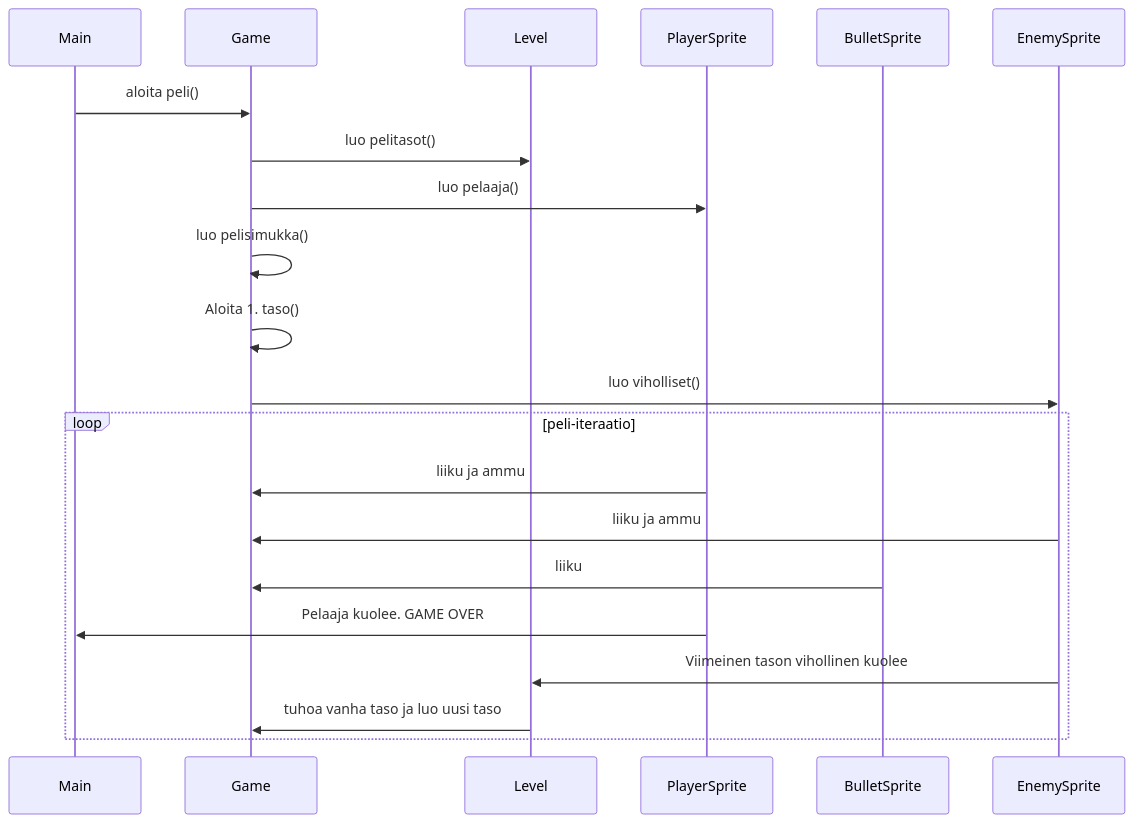
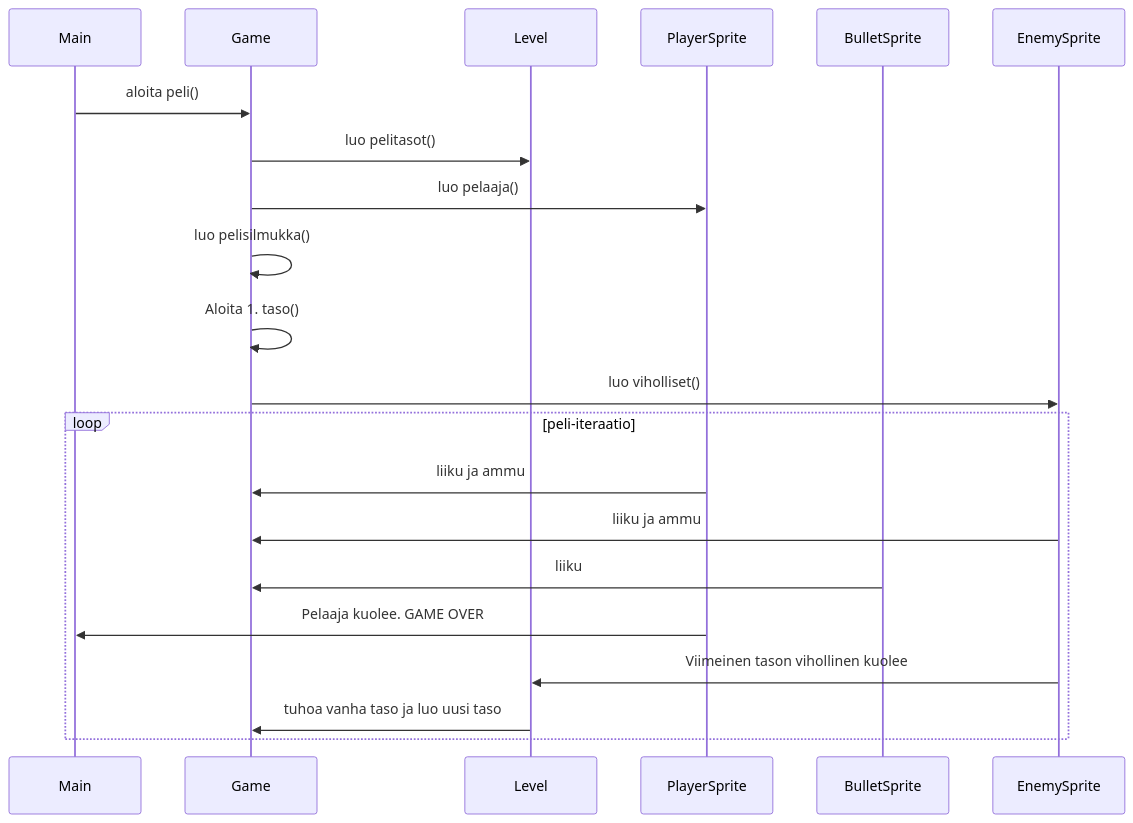
Before and after one commit to Tapir79/ot-harjoitustyo: diagram 13 of 19 in dokumentaatio/arkkitehtuuri.md, drawn with Mermaid. The commit also changed other lines of this file and 20 other files, not shown here.

````diff
--- a/dokumentaatio/arkkitehtuuri.md
+++ b/dokumentaatio/arkkitehtuuri.md
@@ -314,25 +313,25 @@
 ```mermaid
 sequenceDiagram
     participant Main
     participant Game
     participant Level
     participant PlayerSprite
     participant BulletSprite
     participant EnemySprite
 
     Main->>Game: aloita peli()
     Game->>Level: luo pelitasot()
     Game->>PlayerSprite:luo pelaaja()
-    Game->>Game: luo pelisimukka()
+    Game->>Game: luo pelisilmukka()
     Game->>Game: Aloita 1. taso()
     Game->>EnemySprite: luo viholliset()
     
     loop peli-iteraatio
         PlayerSprite->>Game: liiku ja ammu
         EnemySprite->>Game: liiku ja ammu
         BulletSprite->>Game: liiku
         PlayerSprite->>Main: Pelaaja kuolee. GAME OVER
         EnemySprite->>Level: Viimeinen tason vihollinen kuolee
         Level->>Game: tuhoa vanha taso ja luo uusi taso
     end
 ```
````
